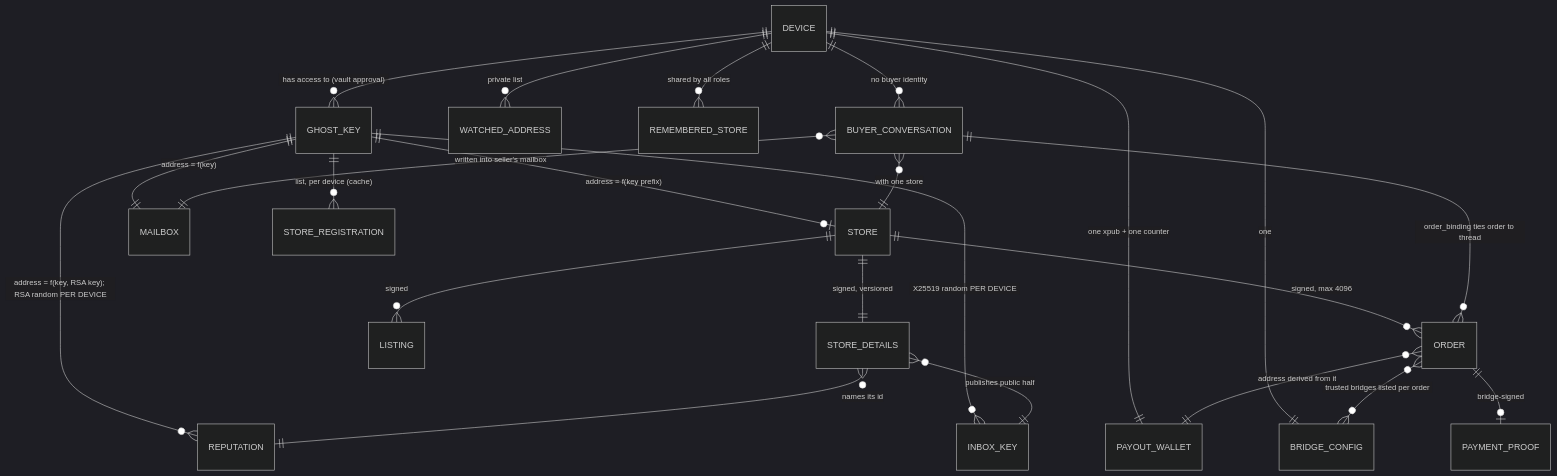
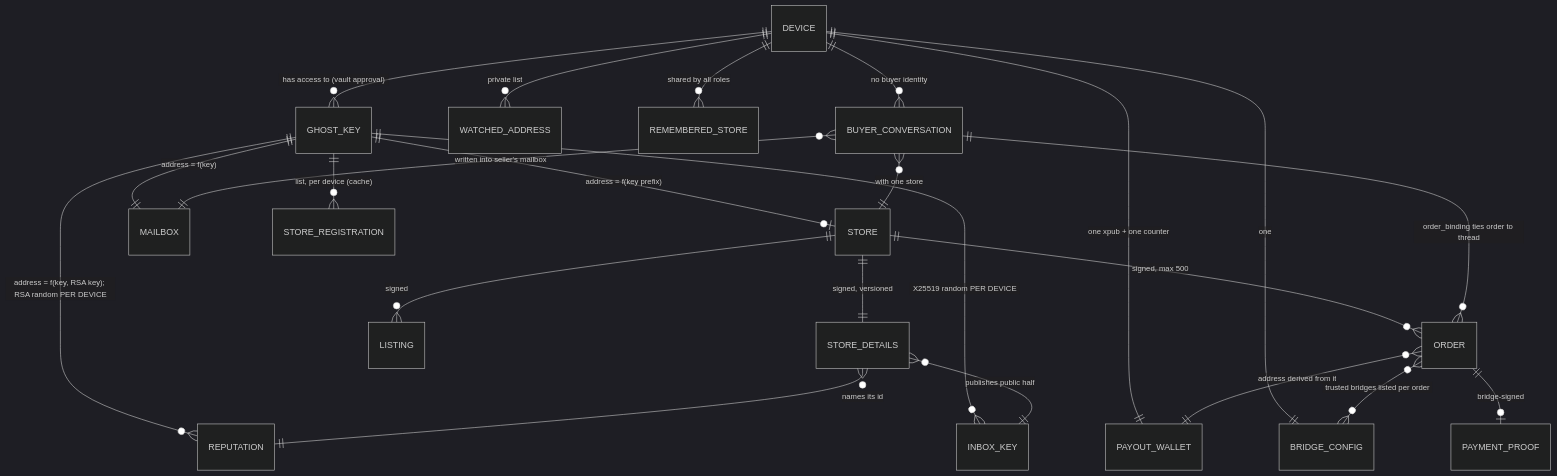
Before and after one commit to freenet/harvest: the first of 2 diagrams in docs/design/entity-model.md, drawn with Mermaid (dark theme). The commit also changed other lines of this file and 12 other files, not shown here.

````diff
--- a/docs/design/entity-model.md
+++ b/docs/design/entity-model.md
@@ -179,28 +179,28 @@
 ```mermaid
 erDiagram
     DEVICE ||--o{ GHOST_KEY : "has access to (vault approval)"
     DEVICE ||--|| PAYOUT_WALLET : "one xpub + one counter"
     DEVICE ||--|| BRIDGE_CONFIG : "one"
     DEVICE ||--o{ WATCHED_ADDRESS : "private list"
     DEVICE ||--o{ REMEMBERED_STORE : "shared by all roles"
     DEVICE ||--o{ BUYER_CONVERSATION : "no buyer identity"
 
     GHOST_KEY ||--o| STORE : "address = f(key prefix)"
     GHOST_KEY ||--|| MAILBOX : "address = f(key)"
     GHOST_KEY ||--o{ REPUTATION : "address = f(key, RSA key); RSA random PER DEVICE"
     GHOST_KEY ||--o{ INBOX_KEY : "X25519 random PER DEVICE"
     GHOST_KEY ||--o{ STORE_REGISTRATION : "list, per device (cache)"
 
     STORE ||--|| STORE_DETAILS : "signed, versioned"
     STORE ||--o{ LISTING : "signed"
-    STORE ||--o{ ORDER : "signed, max 4096"
+    STORE ||--o{ ORDER : "signed, max 500"
     STORE_DETAILS }o--|| REPUTATION : "names its id"
     STORE_DETAILS }o--|| INBOX_KEY : "publishes public half"
 
     BUYER_CONVERSATION }o--|| STORE : "with one store"
     BUYER_CONVERSATION }o--|| MAILBOX : "written into seller's mailbox"
     BUYER_CONVERSATION ||--o{ ORDER : "order_binding ties order to thread"
     ORDER }o--|| PAYOUT_WALLET : "address derived from it"
     ORDER }o--o{ BRIDGE_CONFIG : "trusted bridges listed per order"
     ORDER ||--o| PAYMENT_PROOF : "bridge-signed"
 ```
````
